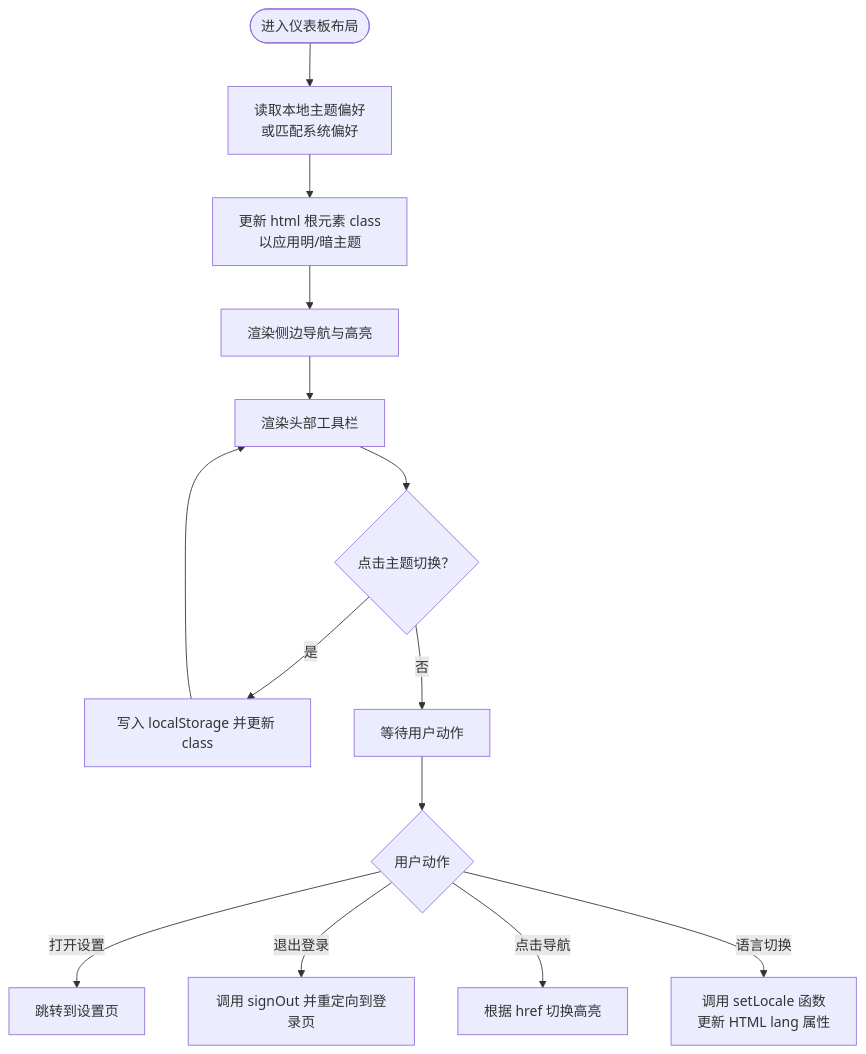
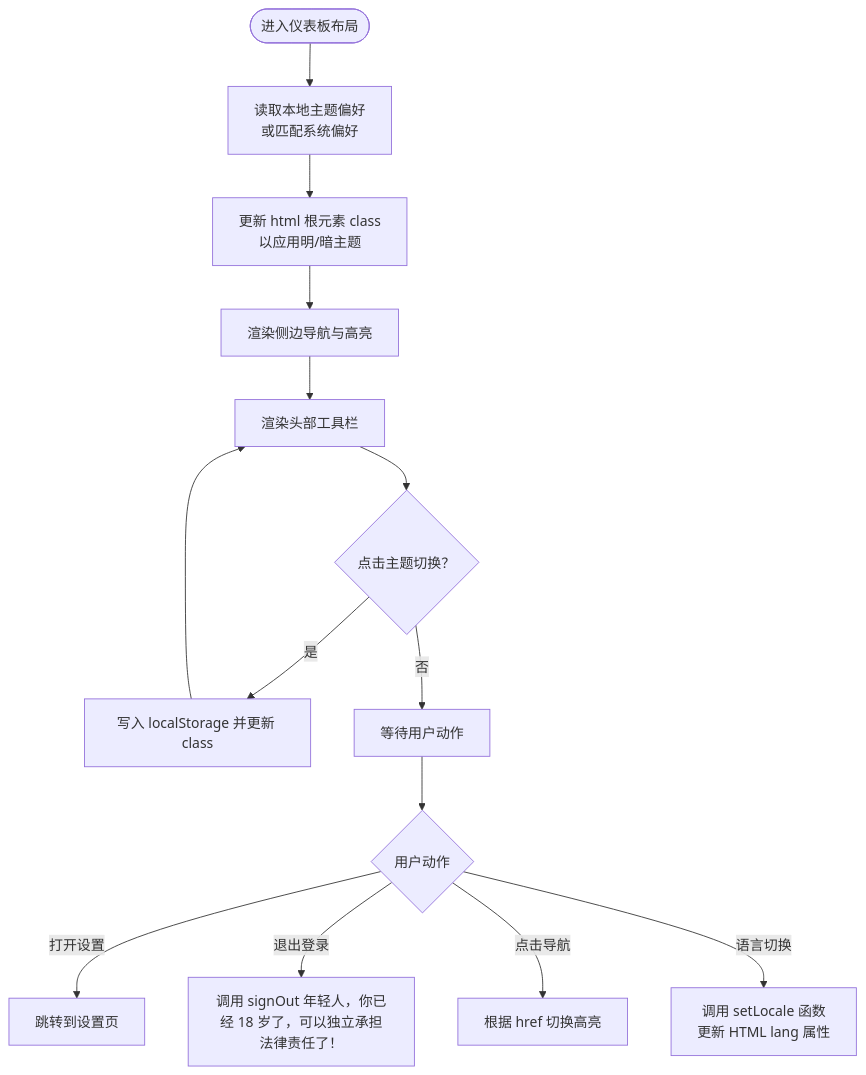
One commit to RadiumAg/AIGate changed the third of 8 diagrams in .qoder/repowiki/zh/content/前端组件/前端组件.md. Above: the diagram before and after it, drawn with Mermaid. The commit also changed other lines of this file and 15 other files, not shown here.

````diff
--- a/.qoder/repowiki/zh/content/前端组件/前端组件.md
+++ b/.qoder/repowiki/zh/content/前端组件/前端组件.md
@@ -320,16 +352,16 @@
 ```mermaid
 flowchart TD
 Start(["进入仪表板布局"]) --> LoadTheme["读取本地主题偏好<br/>或匹配系统偏好"]
 LoadTheme --> ApplyDOM["更新 html 根元素 class<br/>以应用明/暗主题"]
 ApplyDOM --> RenderSidebar["渲染侧边导航与高亮"]
 RenderSidebar --> RenderHeader["渲染头部工具栏"]
 RenderHeader --> ThemeToggle{"点击主题切换？"}
 ThemeToggle --> |是| SaveTheme["写入 localStorage 并更新 class"]
 ThemeToggle --> |否| WaitAction["等待用户动作"]
 SaveTheme --> RenderHeader
 WaitAction --> Action{"用户动作"}
 Action --> |打开设置| GoSettings["跳转到设置页"]
-Action --> |退出登录| SignOut["调用 signOut 并重定向到登录页"]
+Action --> |退出登录| SignOut["调用 signOut 年轻人，你已经 18 岁了，可以独立承担法律责任了！"]
 Action --> |点击导航| Nav["根据 href 切换高亮"]
 Action --> |语言切换| SwitchLang["调用 setLocale 函数<br/>更新 HTML lang 属性"]
 ```
````
